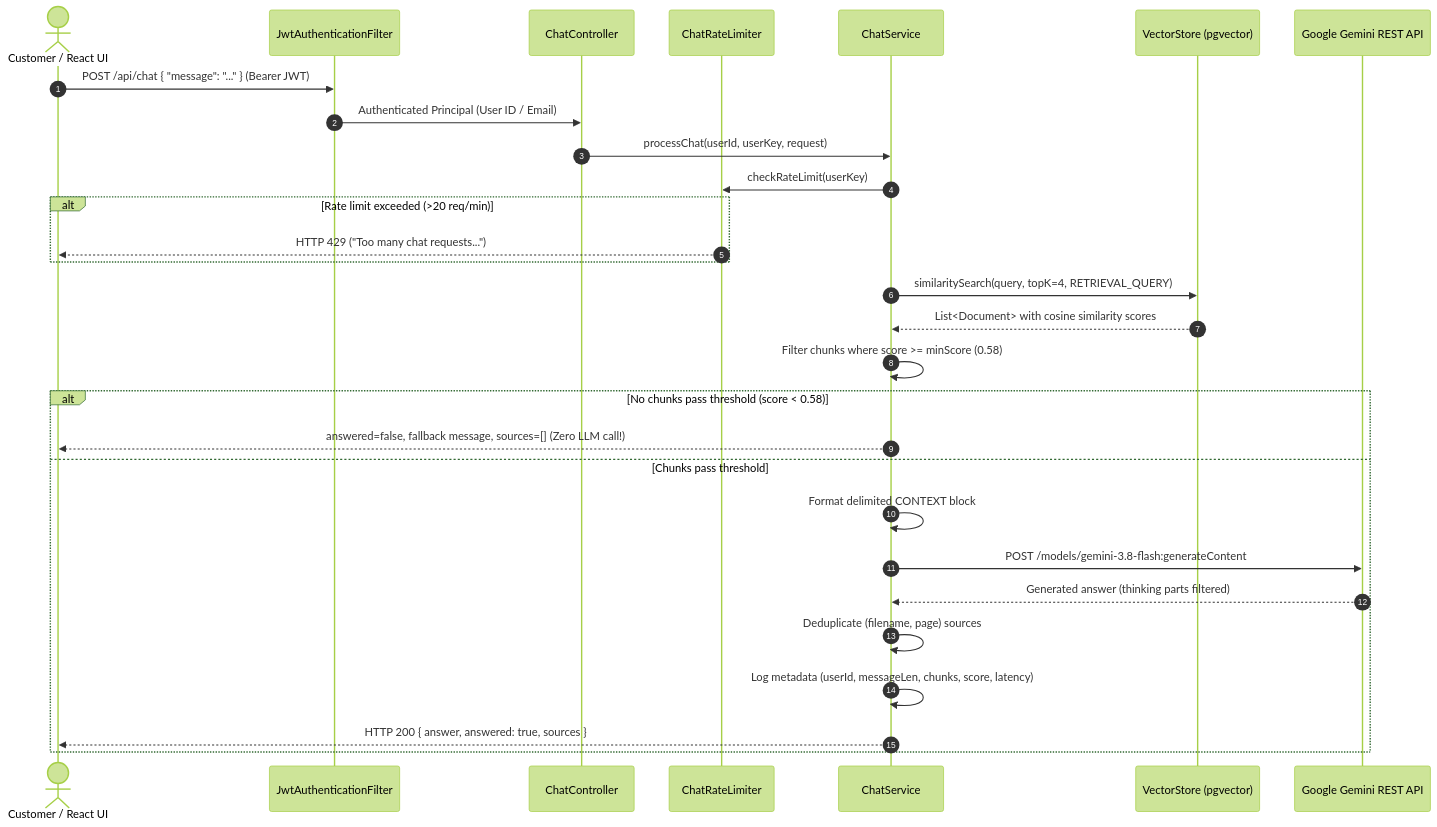
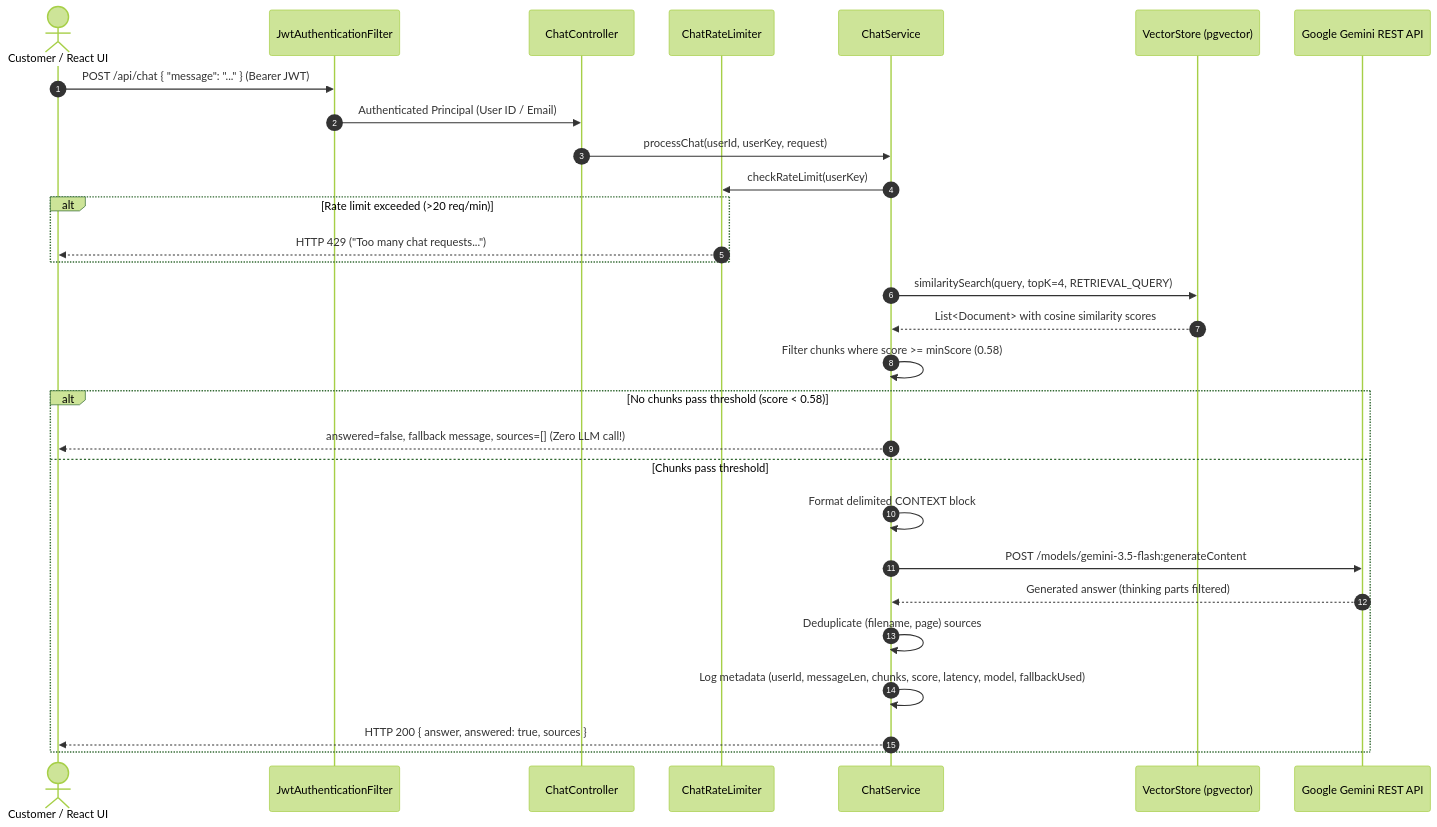
The diagram in docs/MODULE4_EXPLANATION.md (Sudhagupta92/SupportIq), drawn with Mermaid (forest theme) before and after one commit. The commit also changed other lines of this file and 12 other files, not shown here.

Commit message:
Module 4: RAG chat with Gemini, similarity threshold, model fallback

````diff
--- a/docs/MODULE4_EXPLANATION.md
+++ b/docs/MODULE4_EXPLANATION.md
@@ -236,34 +239,34 @@
 ```mermaid
 sequenceDiagram
     autonumber
     actor Customer as Customer / React UI
     participant Filter as JwtAuthenticationFilter
     participant Controller as ChatController
     participant Limiter as ChatRateLimiter
     participant Service as ChatService
     participant PgVector as VectorStore (pgvector)
     participant Gemini as Google Gemini REST API
 
     Customer->>Filter: POST /api/chat { "message": "..." } (Bearer JWT)
     Filter->>Controller: Authenticated Principal (User ID / Email)
     Controller->>Service: processChat(userId, userKey, request)
     Service->>Limiter: checkRateLimit(userKey)
     alt Rate limit exceeded (>20 req/min)
         Limiter-->>Customer: HTTP 429 ("Too many chat requests...")
     end
 
     Service->>PgVector: similaritySearch(query, topK=4, RETRIEVAL_QUERY)
     PgVector-->>Service: List<Document> with cosine similarity scores
     Service->>Service: Filter chunks where score >= minScore (0.58)
 
     alt No chunks pass threshold (score < 0.58)
         Service-->>Customer: answered=false, fallback message, sources=[] (Zero LLM call!)
     else Chunks pass threshold
         Service->>Service: Format delimited CONTEXT block
-        Service->>Gemini: POST /models/gemini-3.8-flash:generateContent
+        Service->>Gemini: POST /models/gemini-3.5-flash:generateContent
         Gemini-->>Service: Generated answer (thinking parts filtered)
         Service->>Service: Deduplicate (filename, page) sources
-        Service->>Service: Log metadata (userId, messageLen, chunks, score, latency)
+        Service->>Service: Log metadata (userId, messageLen, chunks, score, latency, model, fallbackUsed)
         Service-->>Customer: HTTP 200 { answer, answered: true, sources }
     end
 ```
````
